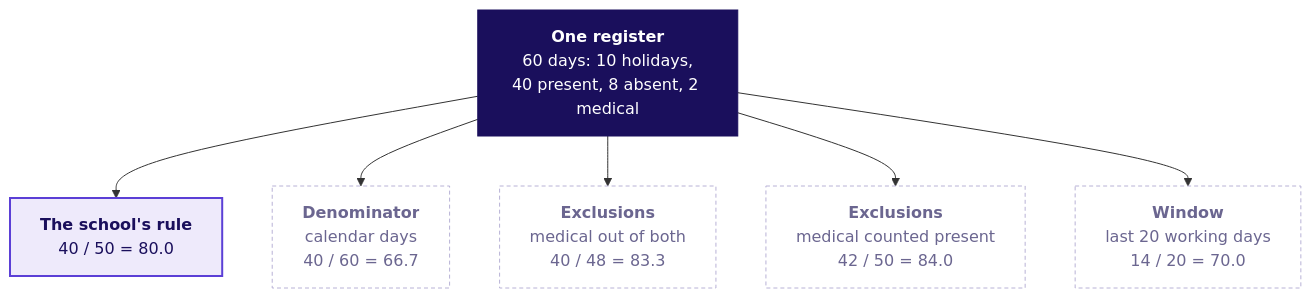
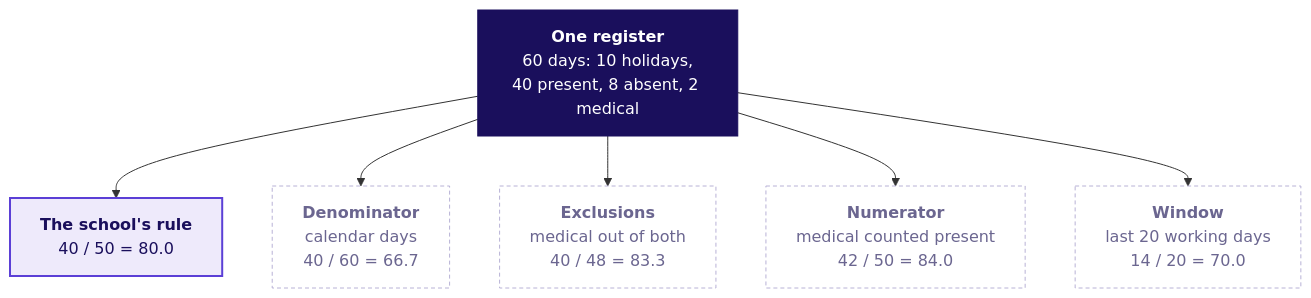
Before and after one commit to fde-academy-lab/c2-content-factory: the seventh of 19 diagrams in content/W04/D1/whiteboards/C2_W04_D01_board_work_STUDENT.md, drawn with Mermaid. The commit also changed other lines of this file and 4 other files, not shown here.

````diff
--- a/content/W04/D1/whiteboards/C2_W04_D01_board_work_STUDENT.md
+++ b/content/W04/D1/whiteboards/C2_W04_D01_board_work_STUDENT.md
@@ -161,22 +177,22 @@
 ```mermaid
 flowchart TD
     R["<b>One register</b><br/>60 days: 10 holidays,<br/>40 present, 8 absent, 2 medical"]
     S["<b>The school's rule</b><br/>40 / 50 = 80.0"]
     D["<b>Denominator</b><br/>calendar days<br/>40 / 60 = 66.7"]
     E1["<b>Exclusions</b><br/>medical out of both<br/>40 / 48 = 83.3"]
-    E2["<b>Exclusions</b><br/>medical counted present<br/>42 / 50 = 84.0"]
+    E2["<b>Numerator</b><br/>medical counted present<br/>42 / 50 = 84.0"]
     W["<b>Window</b><br/>last 20 working days<br/>14 / 20 = 70.0"]
     R --> S
     R --> D
     R --> E1
     R --> E2
     R --> W
     classDef lit fill:#1A0F5C,stroke:#1A0F5C,color:#FFFFFF
     classDef known fill:#EEEAFB,stroke:#5B3FD6,color:#1A0F5C,stroke-width:2px
     classDef unknown fill:#FFFFFF,stroke:#B8B2D6,color:#6B6690,stroke-dasharray:4 3
     classDef bad fill:#FBE9EF,stroke:#D63A6A,color:#1A0F5C
     classDef kalpa fill:#FFF7E6,stroke:#C98A00,color:#5C3D00
     class R lit
     class S known
     class D,E1,E2,W unknown
 ```
````
